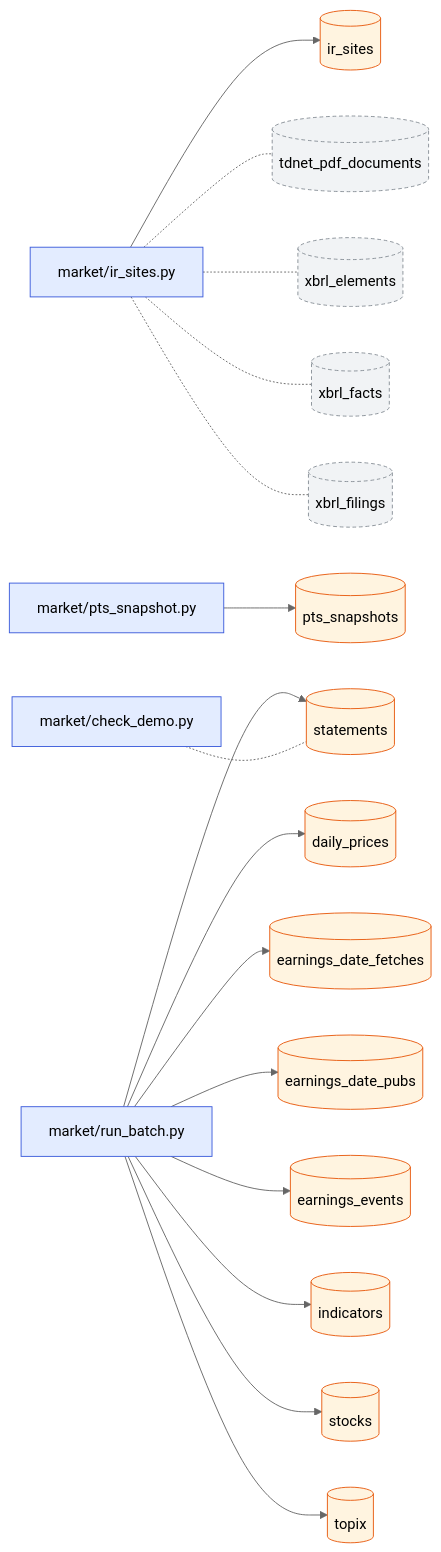
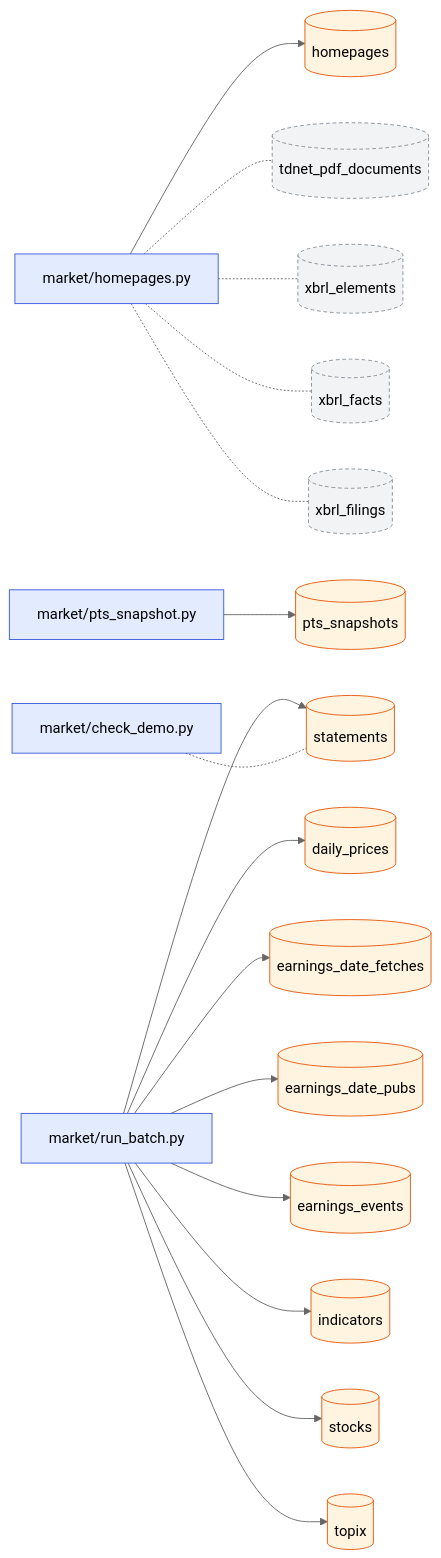
The first of 2 diagrams in docs/dataflow/market.md (pekumirui/stock-analyzer), drawn with Mermaid (neutral theme) before and after one commit. The commit also changed other lines of this file and 5 other files, not shown here.

````diff
--- a/docs/dataflow/market.md
+++ b/docs/dataflow/market.md
@@ -9,40 +9,40 @@
 ```mermaid
 flowchart LR
   n0["market/check_demo.py"]:::job
-  n1["market/ir_sites.py"]:::job
+  n1["market/homepages.py"]:::job
   n2["market/pts_snapshot.py"]:::job
   n3["market/run_batch.py"]:::job
   n4[("daily_prices")]:::tbl
   n5[("earnings_date_fetches")]:::tbl
   n6[("earnings_date_pubs")]:::tbl
   n7[("earnings_events")]:::tbl
-  n8[("indicators")]:::tbl
-  n9[("ir_sites")]:::tbl
+  n8[("homepages")]:::tbl
+  n9[("indicators")]:::tbl
   n10[("pts_snapshots")]:::tbl
   n11[("statements")]:::tbl
   n12[("stocks")]:::tbl
   n13[("tdnet_pdf_documents")]:::ext
   n14[("topix")]:::tbl
   n15[("xbrl_elements")]:::ext
   n16[("xbrl_facts")]:::ext
   n17[("xbrl_filings")]:::ext
   n0 -.- n11
-  n1 --> n9
+  n1 --> n8
   n1 -.- n13
   n1 -.- n15
   n1 -.- n16
   n1 -.- n17
   n2 --> n10
   n3 --> n4
   n3 --> n5
   n3 --> n6
   n3 --> n7
-  n3 --> n8
+  n3 --> n9
   n3 --> n11
   n3 --> n12
   n3 --> n14
   classDef job fill:#e3ecff,stroke:#3b5bdb
   classDef api fill:#e6f7ec,stroke:#2b8a3e
   classDef tbl fill:#fff4e0,stroke:#e8590c
   classDef ext fill:#f1f3f5,stroke:#868e96,stroke-dasharray:4 3
 ```
````
